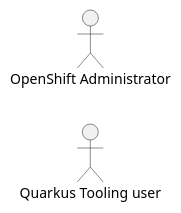
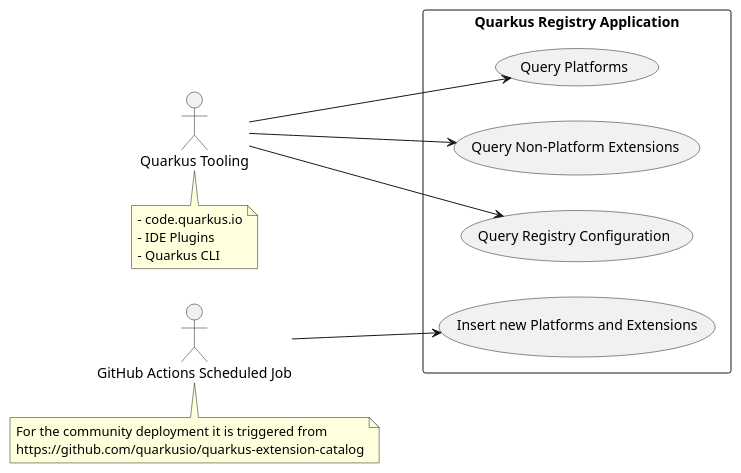
Before and after one commit to quarkusio/registry.quarkus.io: the diagram in docs/usecase.puml, drawn with PlantUML.

Commit message:
Created use case diagram

```diff
--- a/docs/usecase.puml
+++ b/docs/usecase.puml
@@ -1,18 +1,30 @@
 @startuml
 'https://plantuml.com/use-case-diagram
 left to right direction
 
-actor "Quarkus Tooling user" as qtu
-actor "OpenShift Administrator" as oa
+actor "Quarkus Tooling" as qtu
+actor "GitHub Actions Scheduled Job" as job
 
-'rectangle Restaurant {
-'  usecase "Eat Food" as UC1
-'  usecase "Pay for Food" as UC2
-'  usecase "Drink" as UC3
-'}
-'oa --> UC1
-'oa --> UC2
-'oa --> UC3
+rectangle "Quarkus Registry Application" {
+  usecase "Query Platforms" as UC1
+  usecase "Query Non-Platform Extensions" as UC2
+  usecase "Query Registry Configuration" as UC3
+  usecase "Insert new Platforms and Extensions" as UC4
+}
 
+note bottom of qtu
+  - code.quarkus.io
+  - IDE Plugins
+  - Quarkus CLI
+end note
+
+note bottom of job
+  For the community deployment it is triggered from
+  https://github.com/quarkusio/quarkus-extension-catalog
+end note
+qtu --> UC1
+qtu --> UC2
+qtu --> UC3
+job --> UC4
 
 @enduml
```
